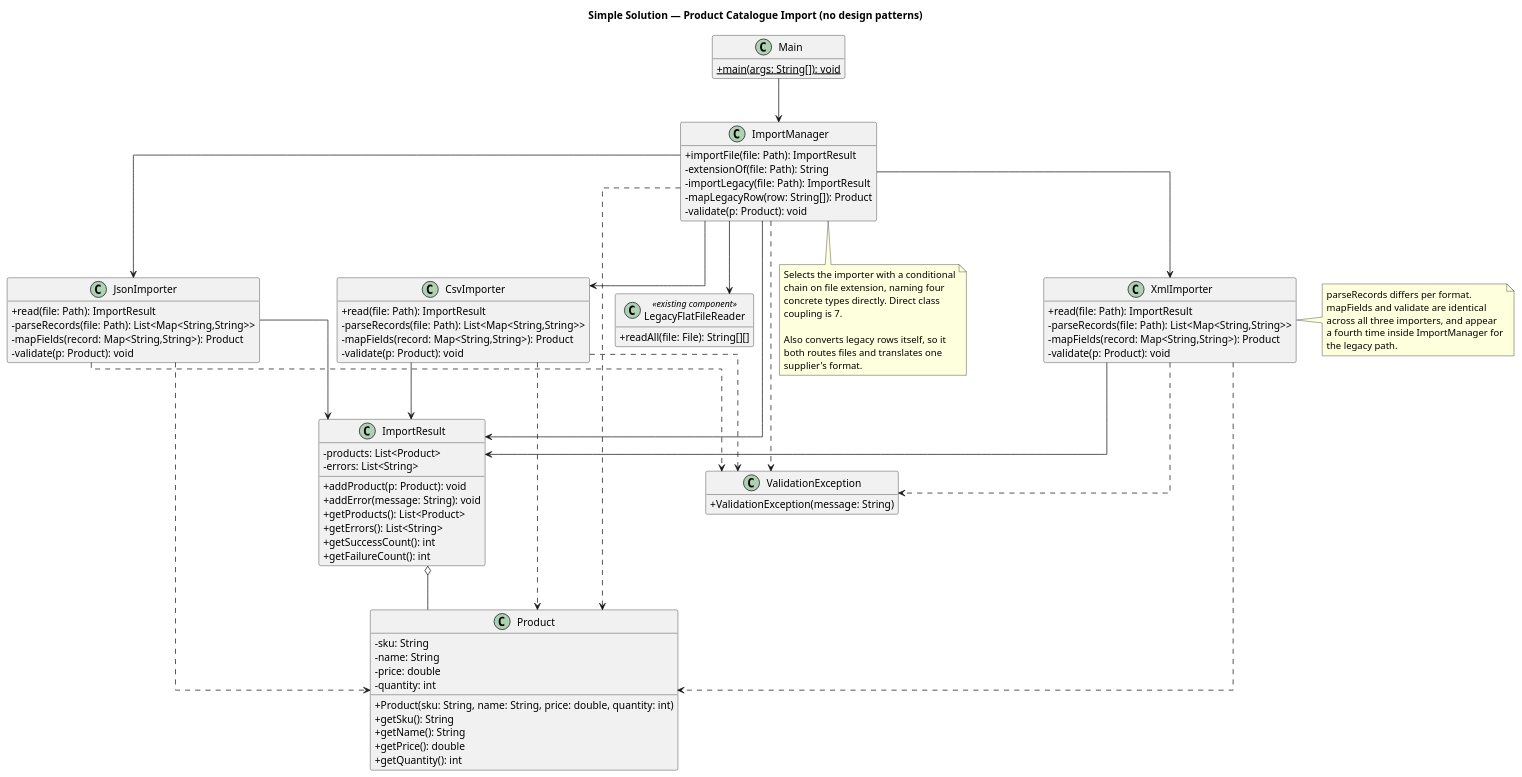
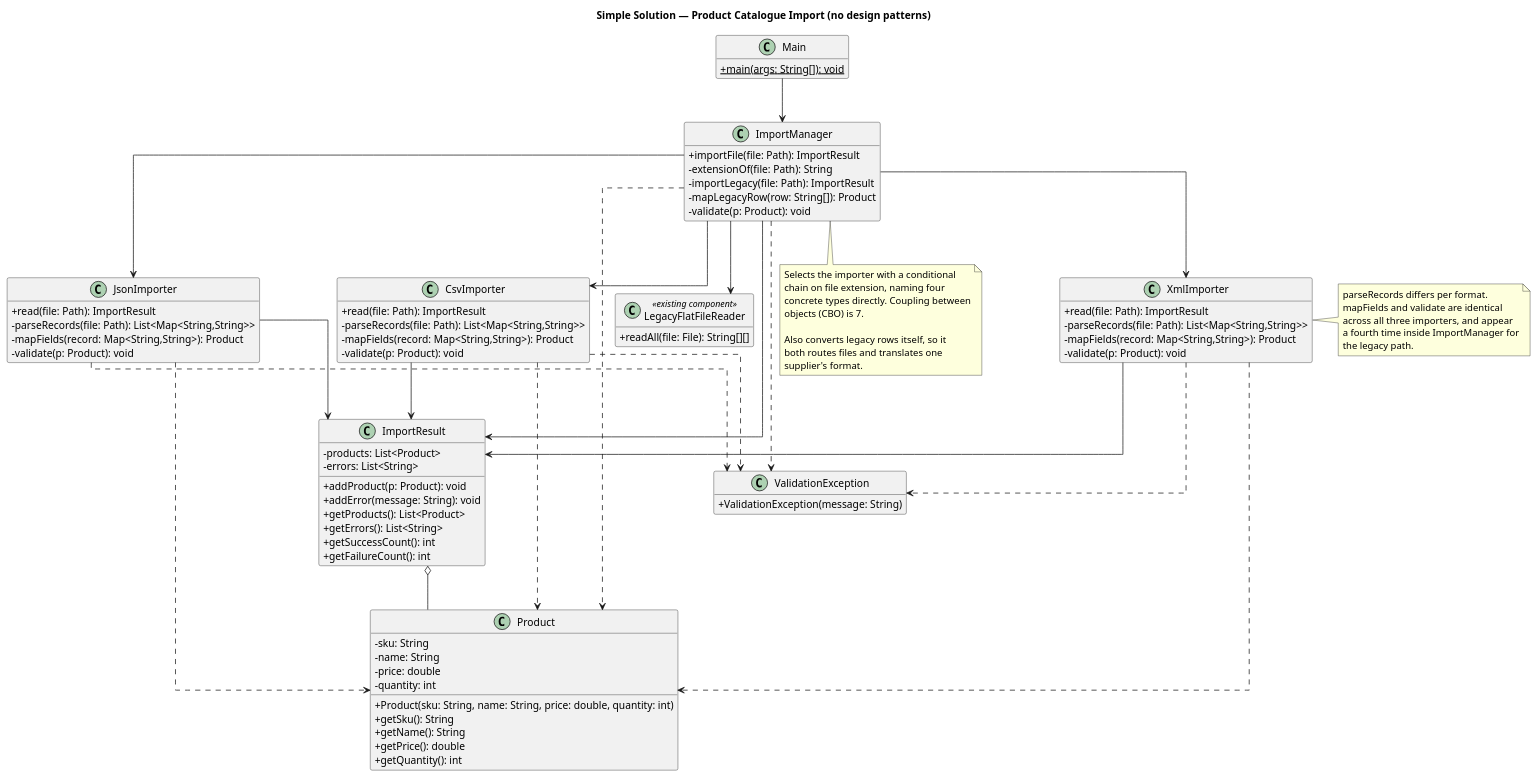
One commit to qicai14/dpat-coursework changed the diagram in uml/simple-solution.puml. Above: the diagram before and after it, drawn with PlantUML. The commit also changed 2 other files, not shown here.

```diff
--- a/uml/simple-solution.puml
+++ b/uml/simple-solution.puml
@@ -1,115 +1,115 @@
 @startuml simple-solution
 skinparam classAttributeIconSize 0
 skinparam linetype ortho
 hide empty members
 
 title Simple Solution — Product Catalogue Import (no design patterns)
 
 class Main {
   +{static} main(args: String[]): void
 }
 
 class ImportManager {
   +importFile(file: Path): ImportResult
   -extensionOf(file: Path): String
   -importLegacy(file: Path): ImportResult
   -mapLegacyRow(row: String[]): Product
   -validate(p: Product): void
 }
 
 class CsvImporter {
   +read(file: Path): ImportResult
   -parseRecords(file: Path): List<Map<String,String>>
   -mapFields(record: Map<String,String>): Product
   -validate(p: Product): void
 }
 
 class JsonImporter {
   +read(file: Path): ImportResult
   -parseRecords(file: Path): List<Map<String,String>>
   -mapFields(record: Map<String,String>): Product
   -validate(p: Product): void
 }
 
 class XmlImporter {
   +read(file: Path): ImportResult
   -parseRecords(file: Path): List<Map<String,String>>
   -mapFields(record: Map<String,String>): Product
   -validate(p: Product): void
 }
 
 class LegacyFlatFileReader <<existing component>> {
   +readAll(file: File): String[][]
 }
 
 class Product {
   -sku: String
   -name: String
   -price: double
   -quantity: int
   +Product(sku: String, name: String, price: double, quantity: int)
   +getSku(): String
   +getName(): String
   +getPrice(): double
   +getQuantity(): int
 }
 
 class ImportResult {
   -products: List<Product>
   -errors: List<String>
   +addProduct(p: Product): void
   +addError(message: String): void
   +getProducts(): List<Product>
   +getErrors(): List<String>
   +getSuccessCount(): int
   +getFailureCount(): int
 }
 
 class ValidationException {
   +ValidationException(message: String)
 }
 
 Main --> ImportManager
 
 ImportManager --> CsvImporter
 ImportManager --> JsonImporter
 ImportManager --> XmlImporter
 ImportManager --> LegacyFlatFileReader
 ImportManager --> ImportResult
 ImportManager ..> Product
 ImportManager ..> ValidationException
 
 CsvImporter --> ImportResult
 JsonImporter --> ImportResult
 XmlImporter --> ImportResult
 
 CsvImporter ..> Product
 JsonImporter ..> Product
 XmlImporter ..> Product
 
 CsvImporter ..> ValidationException
 JsonImporter ..> ValidationException
 XmlImporter ..> ValidationException
 
 ImportResult o-- Product
 
 note bottom of ImportManager
   Selects the importer with a conditional
   chain on file extension, naming four
-  concrete types directly. Direct class
-  coupling is 7.
+  concrete types directly. Coupling between
+  objects (CBO) is 7.
 
   Also converts legacy rows itself, so it
   both routes files and translates one
   supplier's format.
 end note
 
 note right of XmlImporter
   parseRecords differs per format.
   mapFields and validate are identical
   across all three importers, and appear
   a fourth time inside ImportManager for
   the legacy path.
 end note
 
 @enduml
```
